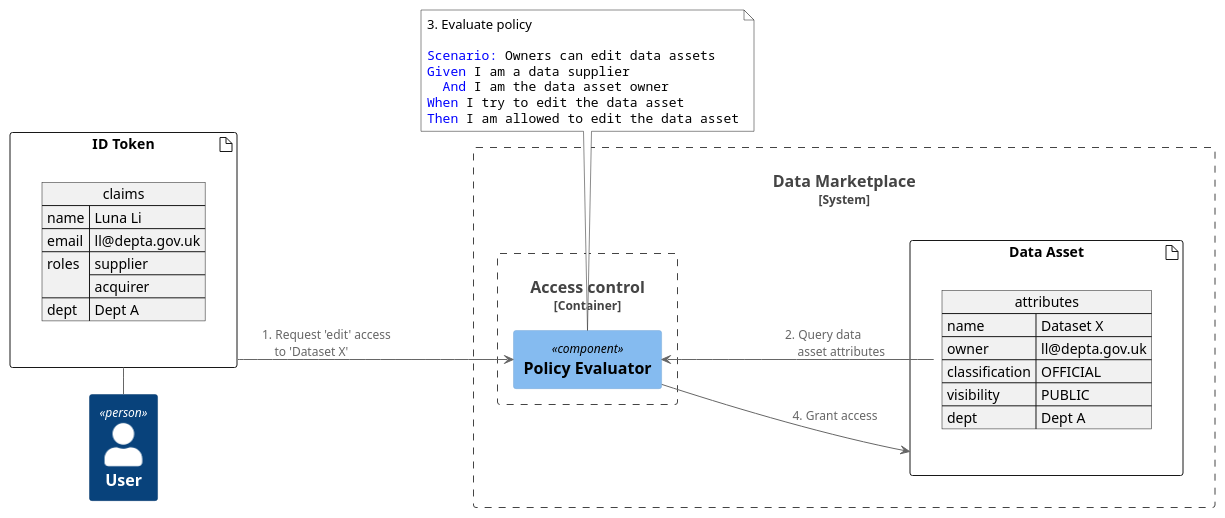
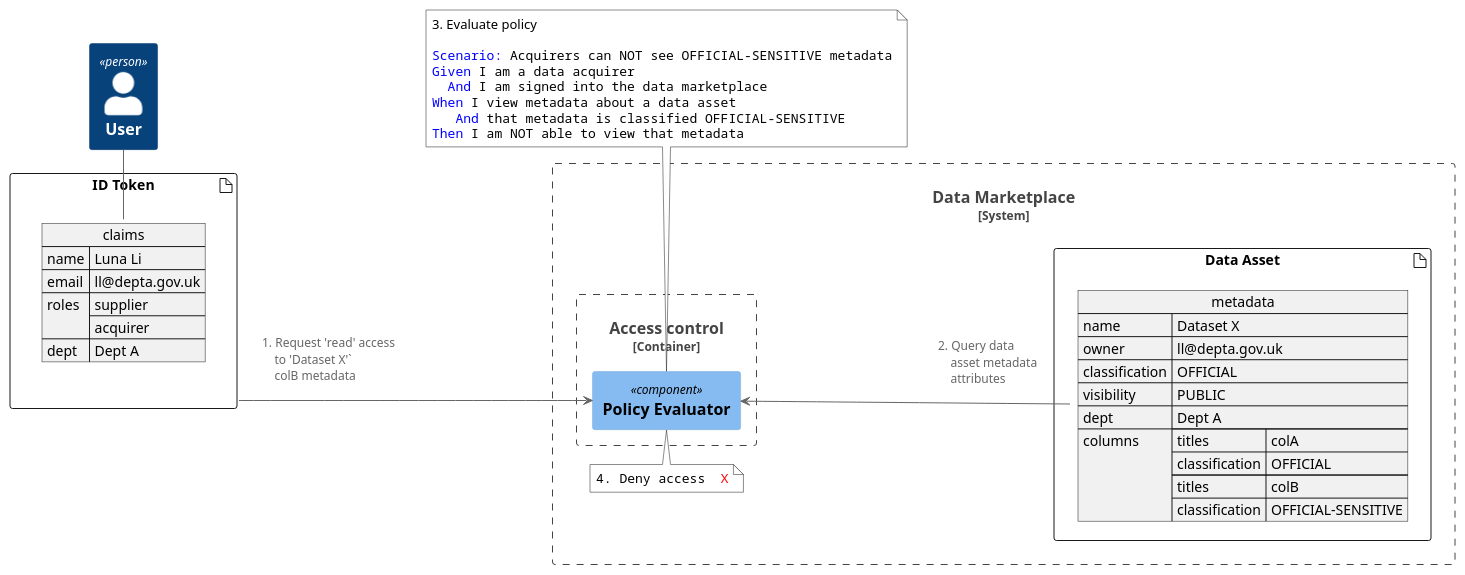
One commit to co-cddo/data-architecture changed the diagram in data-marketplace/dm-c4-dynamic-abac.puml. Above: the diagram before and after it, drawn with PlantUML. The commit also changed other lines of this file and 4 other files, not shown here.

Commit message:
Update file(s) "/." from "co-cddo/data-architecture-r"

```diff
--- a/data-marketplace/dm-c4-dynamic-abac.puml
+++ b/data-marketplace/dm-c4-dynamic-abac.puml
@@ -1,55 +1,68 @@
 @startuml dm-c4-dynamic-abac
 !include <C4/C4_Dynamic>
 skinparam noteTextAlignment left
 <style>
 note {
   MaximumWidth 500
   FontName courier
   BackgroundColor white
 }
 </style>
 left to right direction
 
 Person(user, "User")
 artifact "ID Token" as id {
   json claims {
     "name":"Luna Li",
     "email":"ll@depta.gov.uk",
     "roles": ["supplier", "acquirer"],
     "dept":"Dept A"
   }
 }
 
 System_Boundary(dm, "Data Marketplace") {
   Container_Boundary(acc, "Access control") {
     Component(policy,"Policy Evaluator")
   }
 
   artifact "Data Asset" as asset {
-    json "attributes" as attr {
+    json "metadata" as attr {
       "name": "Dataset X",
       "owner": "ll@depta.gov.uk",
       "classification": "OFFICIAL",
       "visibility": "PUBLIC",
-      "dept": "Dept A"
+      "dept": "Dept A",
+      "columns": [{
+            "titles": "colA",
+            "classification": "OFFICIAL"
+          },{
+            "titles": "colB",
+            "classification": "OFFICIAL-SENSITIVE"
+          }]
     }
   }
+
+  note as n2
+    4. Deny access  <font:arial><color:red>X
+  endnote
+
+  policy - n2
 }
 
 note as n1
    <font:arial>3. Evaluate policy</font>
 
-   <color:blue>Scenario:</color> Owners can edit data assets
-   <color:blue>Given</color> I am a data supplier
-   <color:blue>  And</color> I am the data asset owner
-   <color:blue>When</color> I try to edit the data asset
-   <color:blue>Then</color> I am allowed to edit the data asset
+   <color:blue>Scenario:</color> Acquirers can NOT see OFFICIAL-SENSITIVE metadata
+   <color:blue>Given</color> I am a data acquirer
+   <color:blue>  And</color> I am signed into the data marketplace
+   <color:blue>When</color> I view metadata about a data asset
+    <color:blue>  And</color> that metadata is classified OFFICIAL-SENSITIVE
+   <color:blue>Then</color> I am NOT able to view that metadata
 endnote
 
-user - id
-id --> policy : 1. Request 'edit' access\l    to 'Dataset X'
-policy <-- attr : 2. Query data\l    asset attributes
-policy - n1
-policy --> asset : 4. Grant access
+claims - user
+id --> policy : 1. Request 'read' access\l    to 'Dataset X'`\l    colB metadata\l
+policy <-- attr : 2. Query data\l    asset metadata \l    attributes\l
+n1 - policy
 
 @enduml
```
